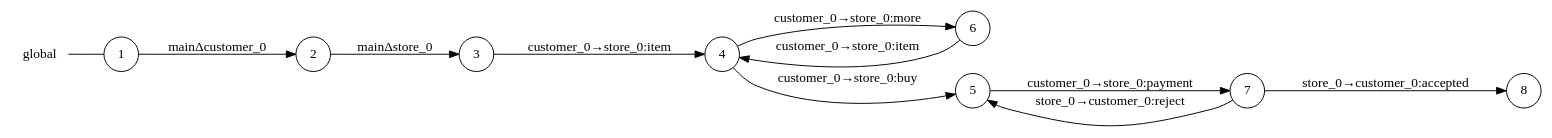
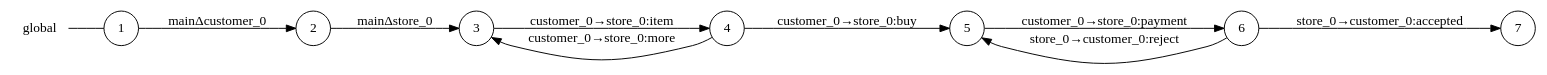
One commit to gabrielegenovese/chorer changed the diagram in examples/customer/main_global_view.dot. Above: the diagram before and after it, drawn with Graphviz. The commit also changed 32 other files, not shown here.

```diff
--- a/examples/customer/main_global_view.dot
+++ b/examples/customer/main_global_view.dot
@@ -1,23 +1,21 @@
 digraph global {
 	rankdir="LR";
 	n_0 [label="global", shape="plaintext"];
-	n_1 [id="5", shape=circle, label="5"];
-	n_2 [id="6", shape=circle, label="6"];
+	n_1 [id="5", shape=circle, label="6"];
+	n_2 [id="6", shape=circle, label="7"];
 	n_3 [id="1", shape=circle, label="1"];
 	n_0 -> n_3 [arrowhead=none];
 	n_4 [id="2", shape=circle, label="2"];
-	n_5 [id="8", shape=circle, label="8"];
-	n_6 [id="4", shape=circle, label="4"];
-	n_7 [id="7", shape=circle, label="7"];
-	n_8 [id="3", shape=circle, label="3"];
+	n_5 [id="8", shape=circle, label="4"];
+	n_6 [id="4", shape=circle, label="5"];
+	n_7 [id="3", shape=circle, label="3"];
 
-	n_1 -> n_7 [id="[$e|5]", label="customer_0→store_0:payment"];
-	n_4 -> n_8 [id="[$e|1]", label="mainΔstore_0"];
-	n_3 -> n_4 [id="[$e|0]", label="mainΔcustomer_0"];
-	n_6 -> n_1 [id="[$e|3]", label="customer_0→store_0:buy"];
-	n_2 -> n_6 [id="[$e|6]", label="customer_0→store_0:item"];
-	n_6 -> n_2 [id="[$e|4]", label="customer_0→store_0:more"];
-	n_7 -> n_5 [id="[$e|8]", label="store_0→customer_0:accepted"];
-	n_7 -> n_1 [id="[$e|7]", label="store_0→customer_0:reject"];
-	n_8 -> n_6 [id="[$e|2]", label="customer_0→store_0:item"];
+	n_4 -> n_7 [id="[$e|2]", label="mainΔstore_0"];
+	n_5 -> n_7 [id="[$e|9]", label="customer_0→store_0:more"];
+	n_1 -> n_2 [id="[$e|0]", label="store_0→customer_0:accepted"];
+	n_6 -> n_1 [id="[$e|1]", label="customer_0→store_0:payment"];
+	n_1 -> n_6 [id="[$e|5]", label="store_0→customer_0:reject"];
+	n_5 -> n_6 [id="[$e|8]", label="customer_0→store_0:buy"];
+	n_3 -> n_4 [id="[$e|4]", label="mainΔcustomer_0"];
+	n_7 -> n_5 [id="[$e|7]", label="customer_0→store_0:item"];
 }
```
